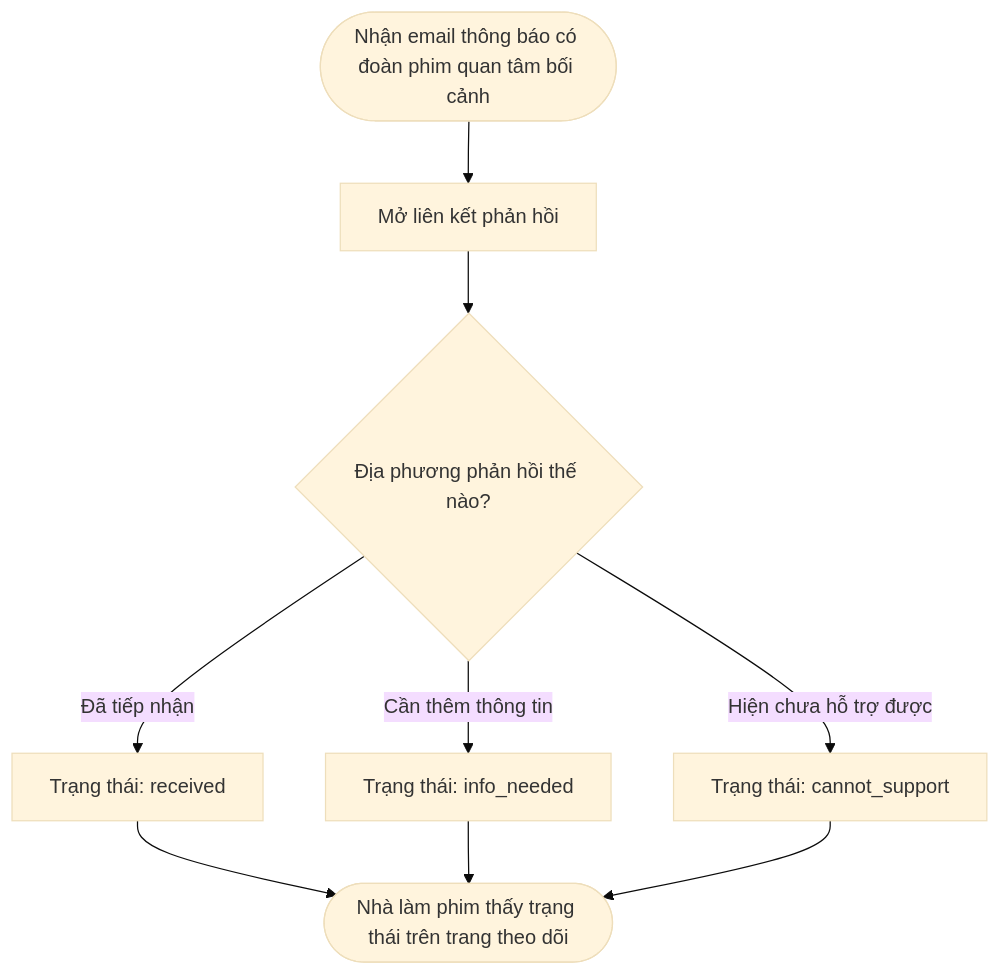
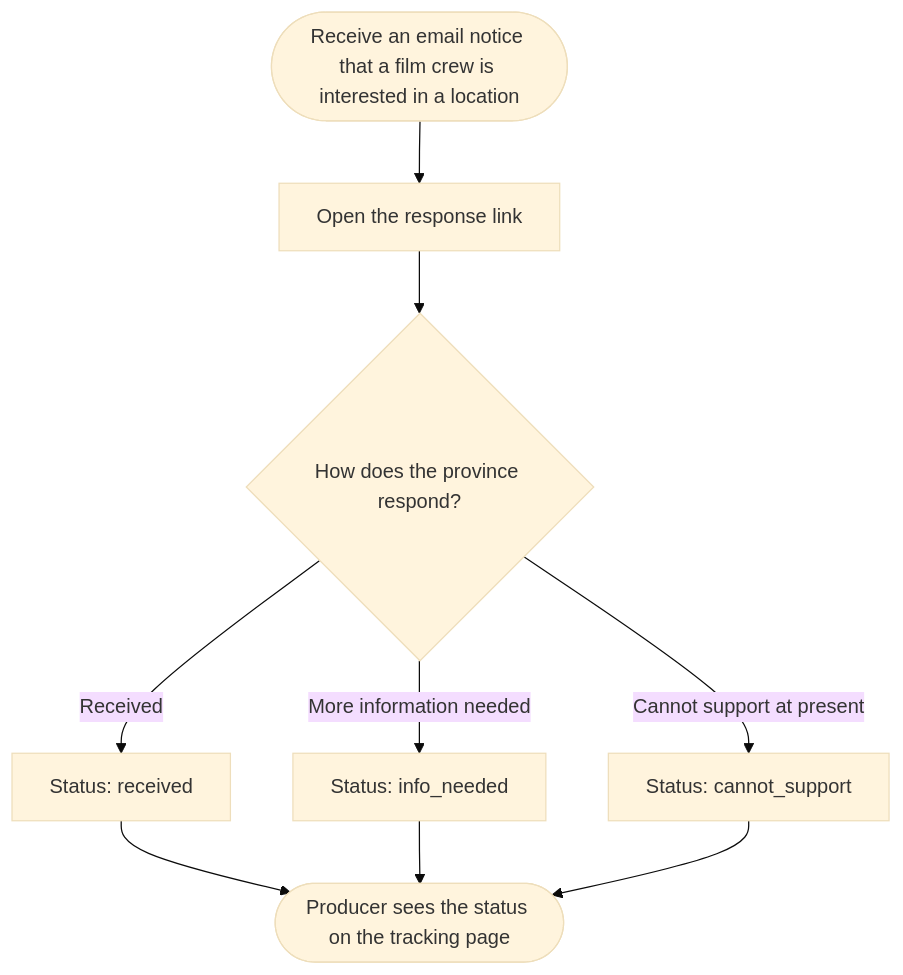
Before and after one commit to namnt2005/CINEMATCH-DBIZ3.TeamC: the sixth of 6 diagrams in docs/architecture/usage-flow.md, drawn with Mermaid (base theme). The commit also changed other lines of this file and 92 other files, not shown here.

````diff
--- a/docs/architecture/usage-flow.md
+++ b/docs/architecture/usage-flow.md
@@ -105,11 +105,11 @@
 ```mermaid
 flowchart TD
-    S(["Nhận email thông báo có đoàn phim quan tâm bối cảnh"]) --> OPEN["Mở liên kết phản hồi"]
-    OPEN --> Q{"Địa phương phản hồi thế nào?"}
-    Q -- "Đã tiếp nhận" --> R1["Trạng thái: received"]
-    Q -- "Cần thêm thông tin" --> R2["Trạng thái: info_needed"]
-    Q -- "Hiện chưa hỗ trợ được" --> R3["Trạng thái: cannot_support"]
-    R1 --> E(["Nhà làm phim thấy trạng thái trên trang theo dõi"])
+    S(["Receive an email notice that a film crew is interested in a location"]) --> OPEN["Open the response link"]
+    OPEN --> Q{"How does the province respond?"}
+    Q -- "Received" --> R1["Status: received"]
+    Q -- "More information needed" --> R2["Status: info_needed"]
+    Q -- "Cannot support at present" --> R3["Status: cannot_support"]
+    R1 --> E(["Producer sees the status on the tracking page"])
     R2 --> E
     R3 --> E
 ```
````
